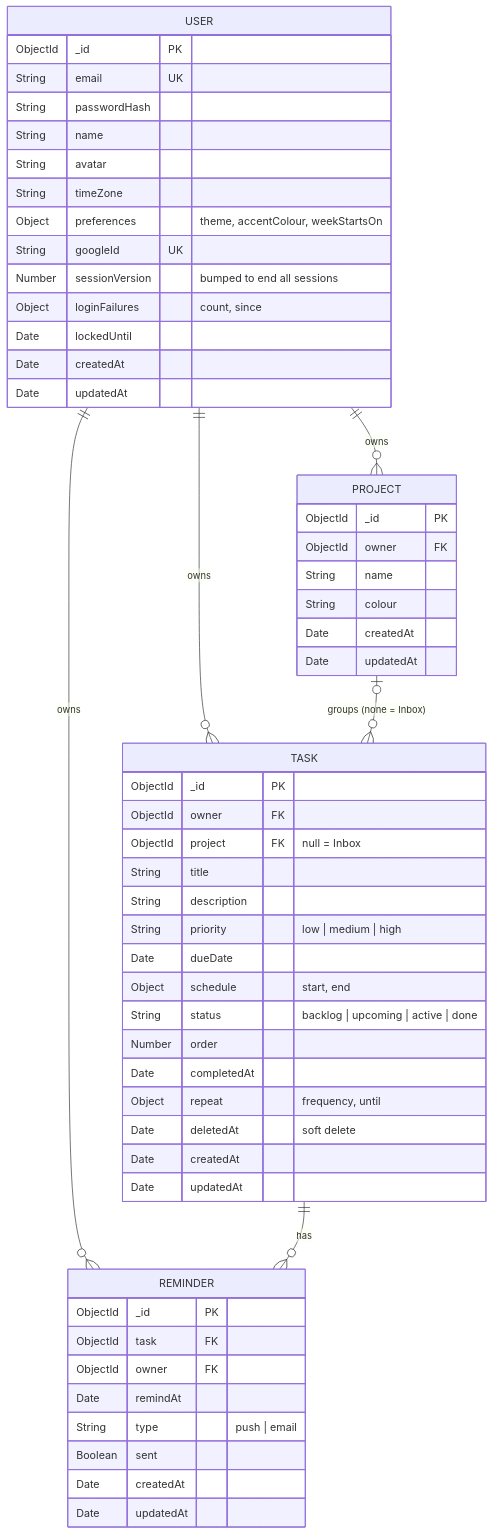
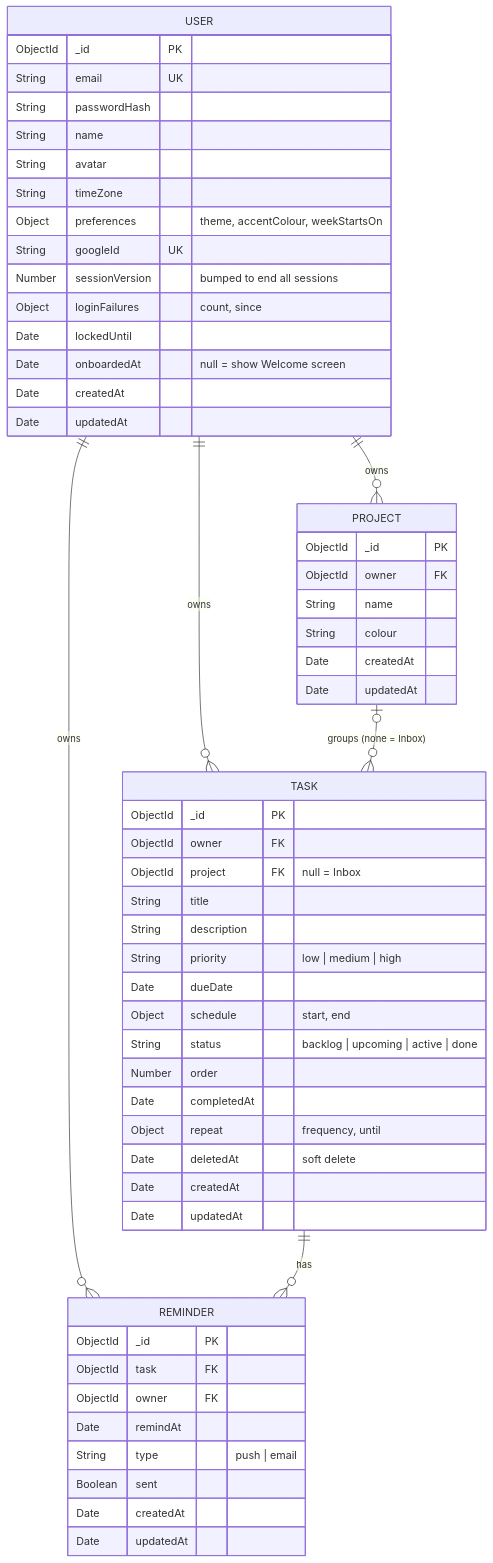
Before and after one commit to khang-ngo4444/VCD_Agendal: the diagram in docs/erd.mmd, drawn with Mermaid. The commit also changed 2 other files, not shown here.

Commit message:
Add onboardedAt to User

```diff
--- a/docs/erd.mmd
+++ b/docs/erd.mmd
@@ -1,59 +1,60 @@
 %% Source for docs/erd.png. Re-render after editing:
 %% npx -y @mermaid-js/mermaid-cli -i docs/erd.mmd -o docs/erd.png -b white -s 2
 erDiagram
     USER ||--o{ PROJECT : owns
     USER ||--o{ TASK : owns
     USER ||--o{ REMINDER : owns
     PROJECT |o--o{ TASK : "groups (none = Inbox)"
     TASK ||--o{ REMINDER : has
 
     USER {
         ObjectId _id PK
         String email UK
         String passwordHash
         String name
         String avatar
         String timeZone
         Object preferences "theme, accentColour, weekStartsOn"
         String googleId UK
         Number sessionVersion "bumped to end all sessions"
         Object loginFailures "count, since"
         Date lockedUntil
+        Date onboardedAt "null = show Welcome screen"
         Date createdAt
         Date updatedAt
     }
     PROJECT {
         ObjectId _id PK
         ObjectId owner FK
         String name
         String colour
         Date createdAt
         Date updatedAt
     }
     TASK {
         ObjectId _id PK
         ObjectId owner FK
         ObjectId project FK "null = Inbox"
         String title
         String description
         String priority "low | medium | high"
         Date dueDate
         Object schedule "start, end"
         String status "backlog | upcoming | active | done"
         Number order
         Date completedAt
         Object repeat "frequency, until"
         Date deletedAt "soft delete"
         Date createdAt
         Date updatedAt
     }
     REMINDER {
         ObjectId _id PK
         ObjectId task FK
         ObjectId owner FK
         Date remindAt
         String type "push | email"
         Boolean sent
         Date createdAt
         Date updatedAt
     }
```
